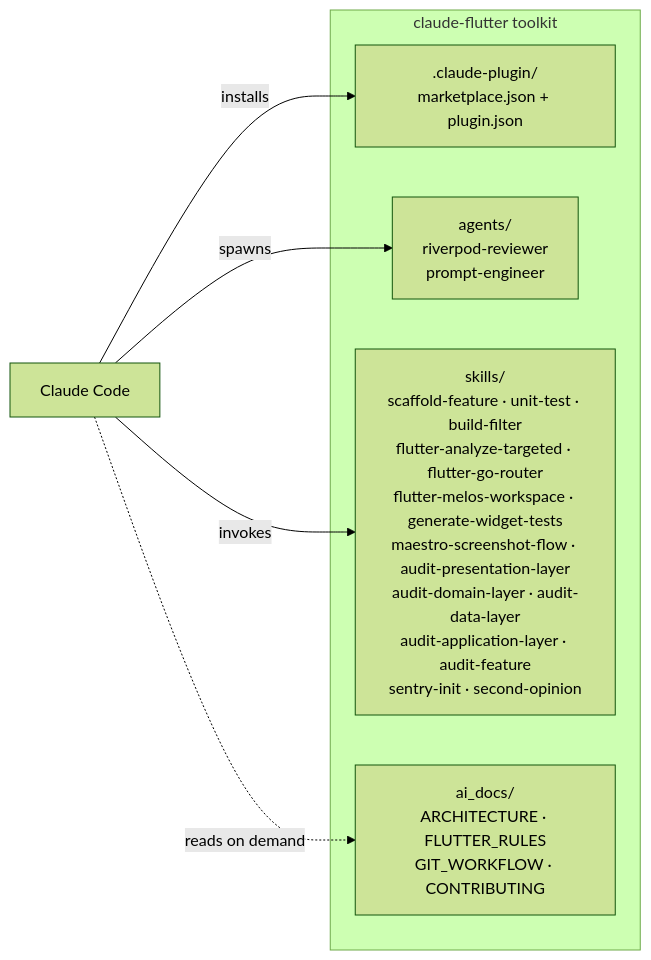
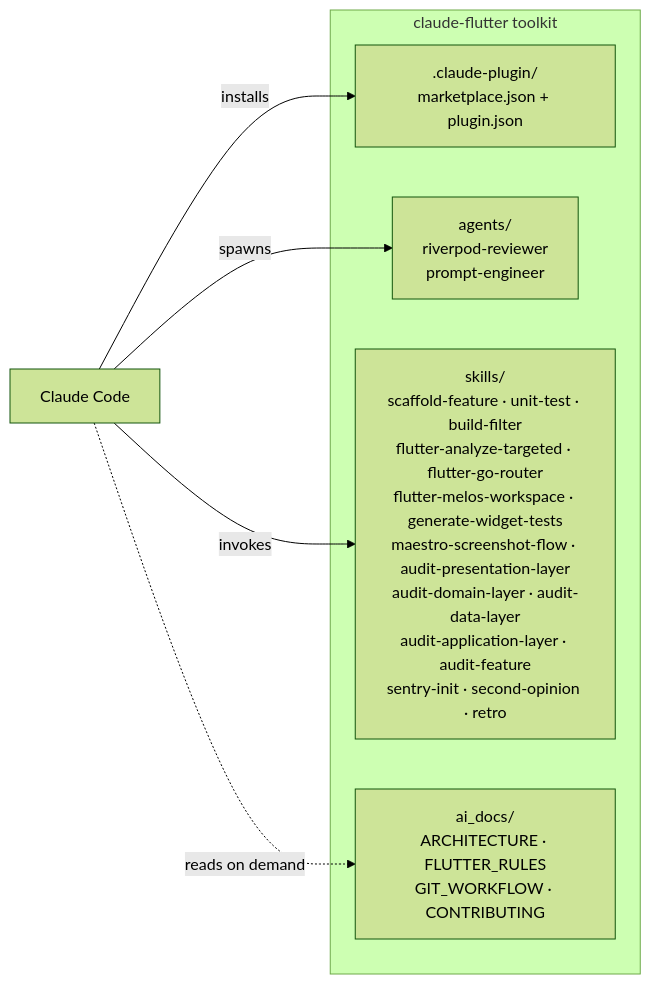
The diagram in ai_docs/ARCHITECTURE.md (iamantoniodinuzzo/claude-flutter), drawn with Mermaid (forest theme) before and after one commit. The commit also changed other lines of this file and 2 other files, not shown here.

Commit message:
feat(skills): add generic /retro self-audit skill
Port ~/.claude/skills/retro into the plugin so retro is available
wherever flutter-toolkit is installed. Generic skill, deliberate
scope exception (flagged in issue). Copy, not move.

(ref #39)

````diff
--- a/ai_docs/ARCHITECTURE.md
+++ b/ai_docs/ARCHITECTURE.md
@@ -20,16 +20,16 @@
 ```mermaid
 flowchart LR
     subgraph Repo["claude-flutter toolkit"]
         plugin[".claude-plugin/\nmarketplace.json + plugin.json"]
         agents["agents/\nriverpod-reviewer\nprompt-engineer"]
-        skills["skills/\nscaffold-feature · unit-test · build-filter\nflutter-analyze-targeted · flutter-go-router\nflutter-melos-workspace · generate-widget-tests\nmaestro-screenshot-flow · audit-presentation-layer\naudit-domain-layer · audit-data-layer\naudit-application-layer · audit-feature\nsentry-init · second-opinion"]
+        skills["skills/\nscaffold-feature · unit-test · build-filter\nflutter-analyze-targeted · flutter-go-router\nflutter-melos-workspace · generate-widget-tests\nmaestro-screenshot-flow · audit-presentation-layer\naudit-domain-layer · audit-data-layer\naudit-application-layer · audit-feature\nsentry-init · second-opinion · retro"]
         aidocs["ai_docs/\nARCHITECTURE · FLUTTER_RULES\nGIT_WORKFLOW · CONTRIBUTING"]
     end
 
     cc[Claude Code]
 
     cc -->|installs| plugin
     cc -->|invokes| skills
     cc -->|spawns| agents
     cc -.->|reads on demand| aidocs
 ```
````
